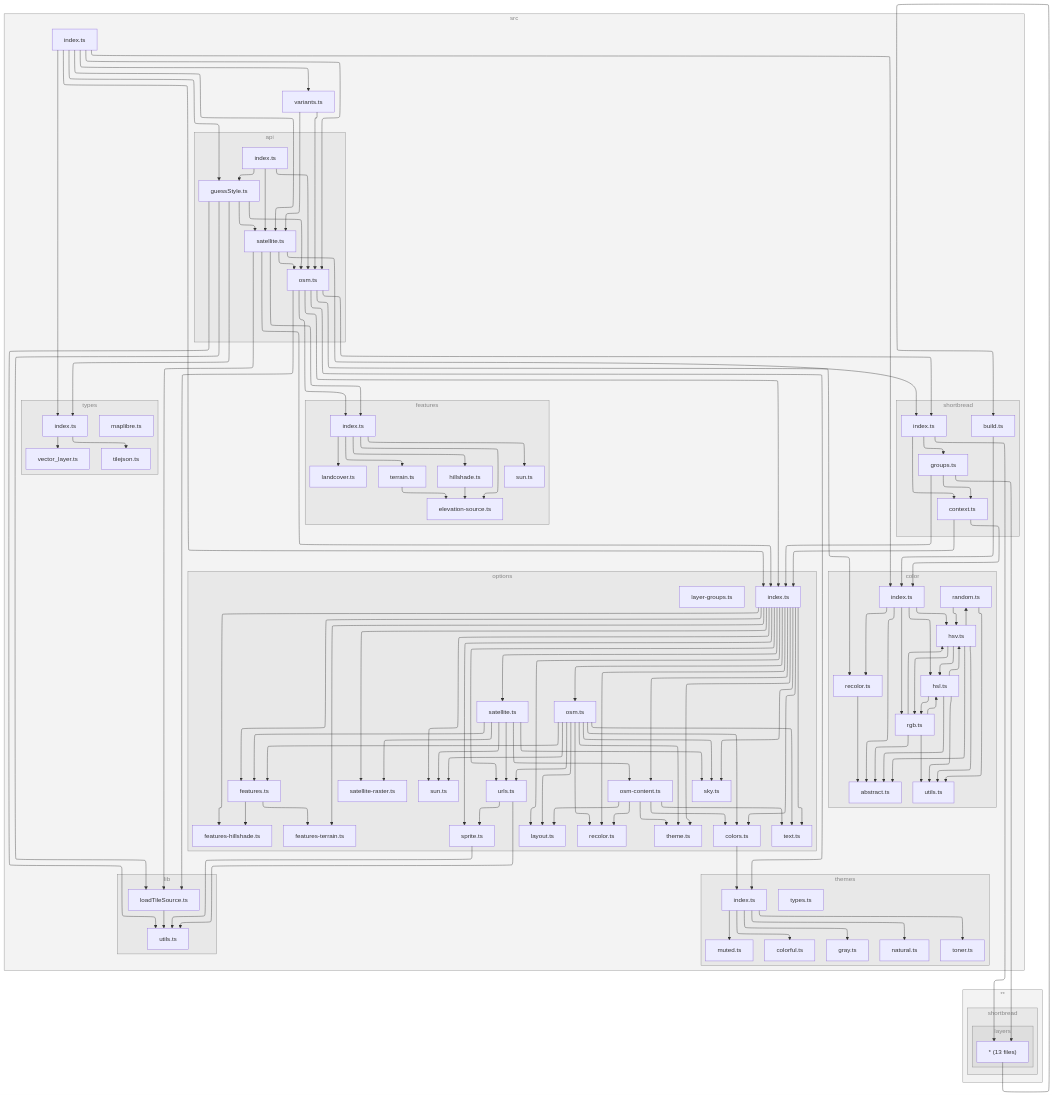
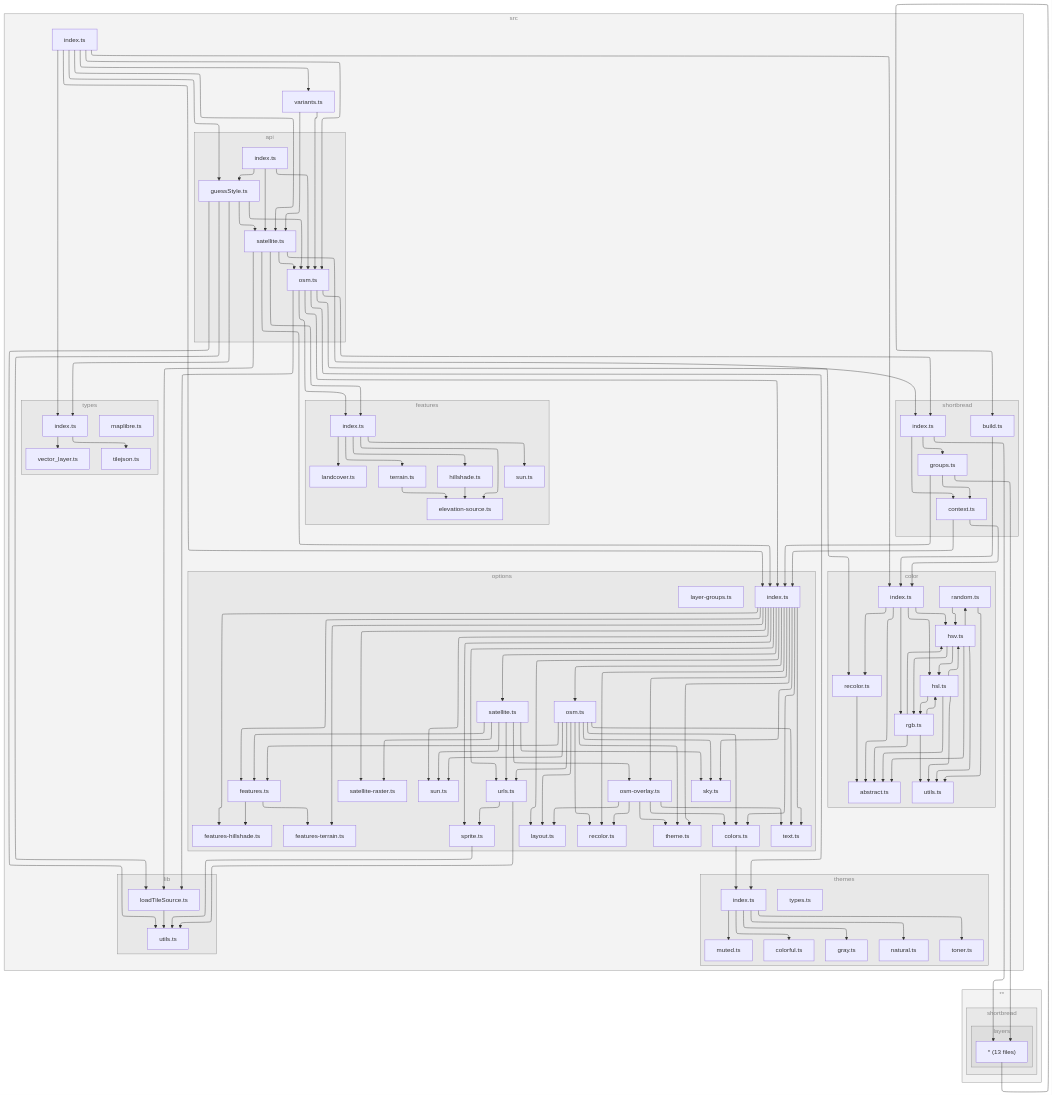
The diagram in README.md (versatiles-org/versatiles-style), drawn with Mermaid before and after one commit. The commit also changed 7 other files, not shown here.

Commit message:
feat: rename osm-content to osm-overlay and update related types and imports

```diff
--- a/README.md
+++ b/README.md
@@ -195,7 +195,7 @@
 W["features-terrain.ts"]
 X["features.ts"]
 Y["layout.ts"]
-Z["osm-content.ts"]
+Z["osm-overlay.ts"]
 10["recolor.ts"]
 11["text.ts"]
 12["theme.ts"]
```
